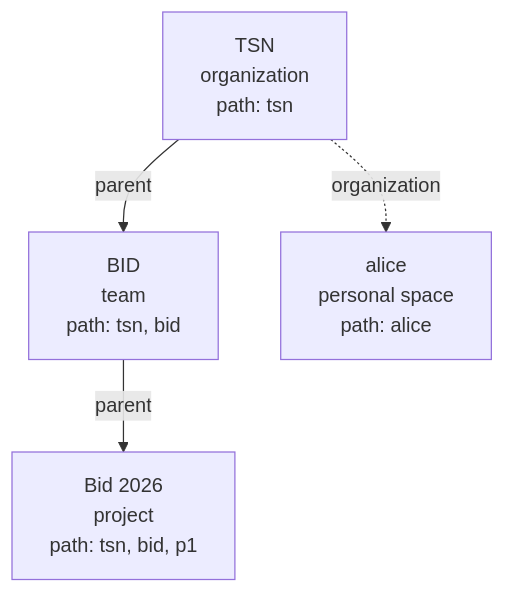
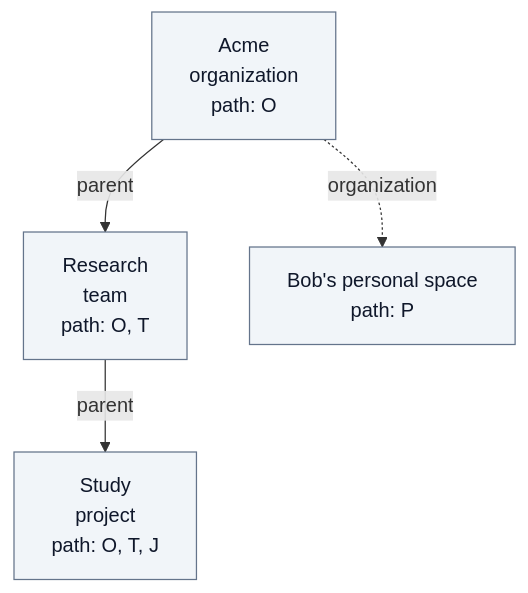
The diagram in docs/architecture/A8-organizations.md (ThalesGroup/fred), drawn with Mermaid before and after one commit. The commit also changed other lines of this file and 37 other files, not shown here.

````diff
--- a/docs/architecture/A8-organizations.md
+++ b/docs/architecture/A8-organizations.md
@@ -106,10 +106,13 @@
 ```mermaid
 flowchart TB
-    tsn["TSN<br/>organization<br/>path: tsn"]
-    bid["BID<br/>team<br/>path: tsn, bid"]
-    alice["alice<br/>personal space<br/>path: alice"]
-    p1["Bid 2026<br/>project<br/>path: tsn, bid, p1"]
-    tsn -- parent --> bid
-    bid -- parent --> p1
-    tsn -. organization .-> alice
+    acme["Acme<br/>organization<br/>path: O"]
+    research["Research<br/>team<br/>path: O, T"]
+    personal["Bob's personal space<br/>path: P"]
+    project["Study<br/>project<br/>path: O, T, J"]
+    acme -- parent --> research
+    research -- parent --> project
+    acme -. organization .-> personal
+
+    classDef neutral fill:#F1F5F9,stroke:#64748B,color:#0F172A
+    class acme,research,personal,project neutral
 ```
````
